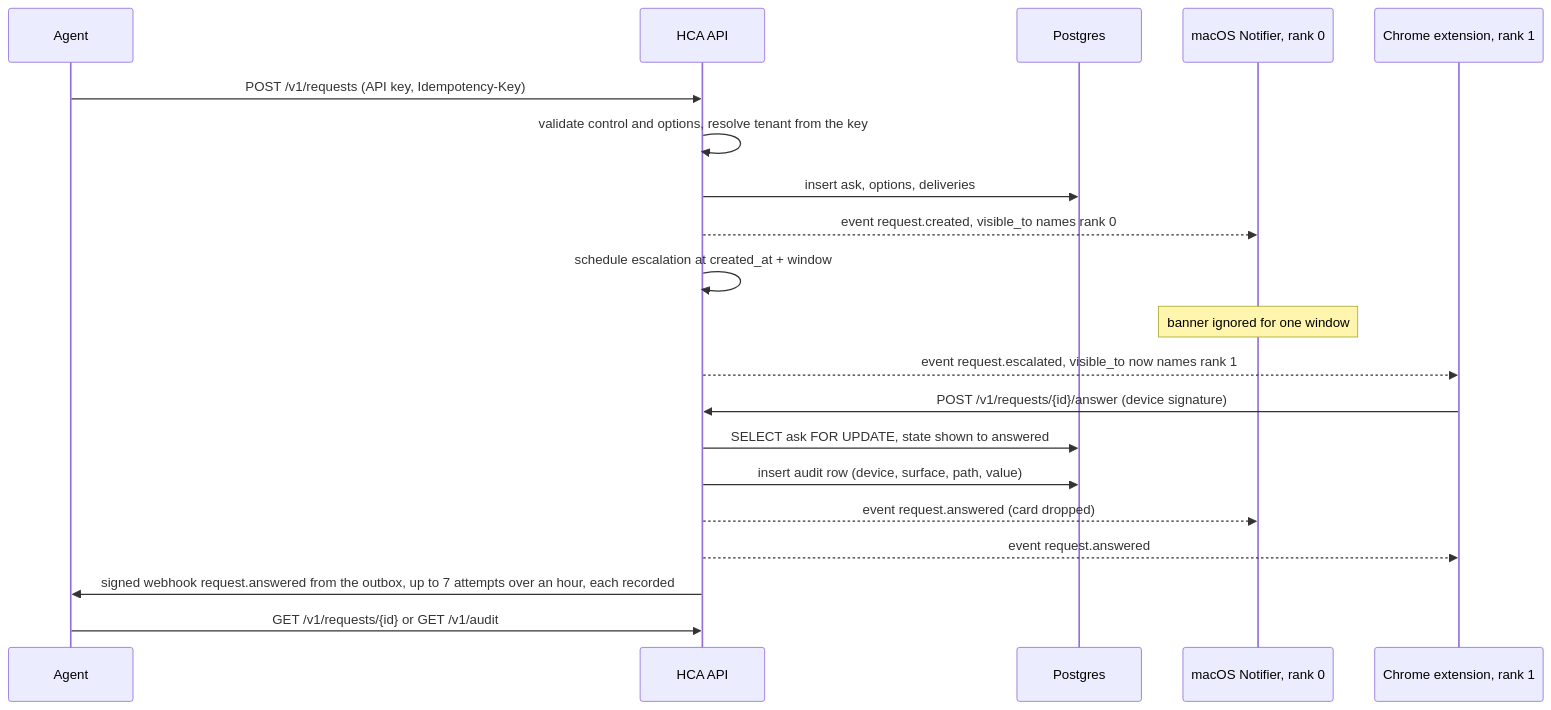
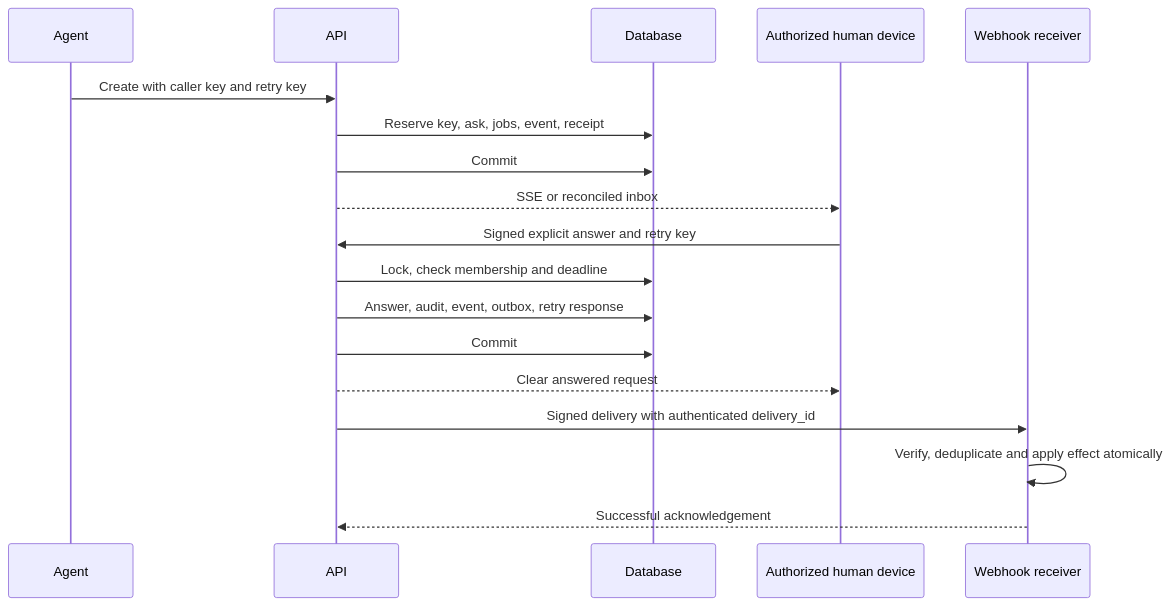
One commit to Alternative-Spaces-Inc/HCommAgent changed the second of 2 diagrams in docs/ARCHITECTURE.md. Above: the diagram before and after it, drawn with Mermaid. The commit also changed other lines of this file and 158 other files, not shown here.

````diff
--- a/docs/ARCHITECTURE.md
+++ b/docs/ARCHITECTURE.md
@@ -27,22 +30,20 @@
 ```mermaid
 sequenceDiagram
     participant A as Agent
-    participant S as HCA API
-    participant D as Postgres
-    participant M as macOS Notifier, rank 0
-    participant C as Chrome extension, rank 1
-    A->>S: POST /v1/requests (API key, Idempotency-Key)
-    S->>S: validate control and options, resolve tenant from the key
-    S->>D: insert ask, options, deliveries
-    S-->>M: event request.created, visible_to names rank 0
-    S->>S: schedule escalation at created_at + window
-    Note over M: banner ignored for one window
-    S-->>C: event request.escalated, visible_to now names rank 1
-    C->>S: POST /v1/requests/{id}/answer (device signature)
-    S->>D: SELECT ask FOR UPDATE, state shown to answered
-    S->>D: insert audit row (device, surface, path, value)
-    S-->>M: event request.answered (card dropped)
-    S-->>C: event request.answered
-    S->>A: signed webhook request.answered from the outbox, up to 7 attempts over an hour, each recorded
-    A->>S: GET /v1/requests/{id} or GET /v1/audit
+    participant S as API
+    participant D as Database
+    participant H as Authorized human device
+    participant R as Webhook receiver
+    A->>S: Create with caller key and retry key
+    S->>D: Reserve key, ask, jobs, event, receipt
+    S->>D: Commit
+    S-->>H: SSE or reconciled inbox
+    H->>S: Signed explicit answer and retry key
+    S->>D: Lock, check membership and deadline
+    S->>D: Answer, audit, event, outbox, retry response
+    S->>D: Commit
+    S-->>H: Clear answered request
+    S->>R: Signed delivery with authenticated delivery_id
+    R->>R: Verify, deduplicate and apply effect atomically
+    R-->>S: Successful acknowledgement
 ```
````
